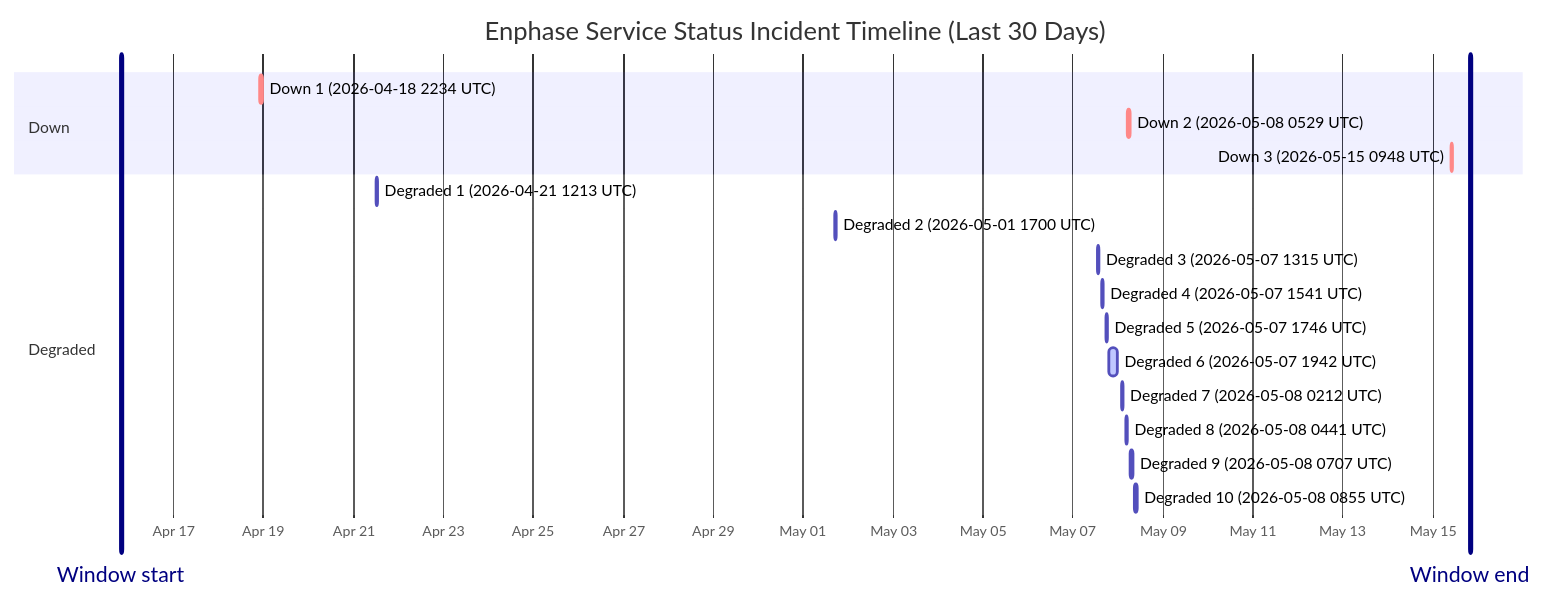
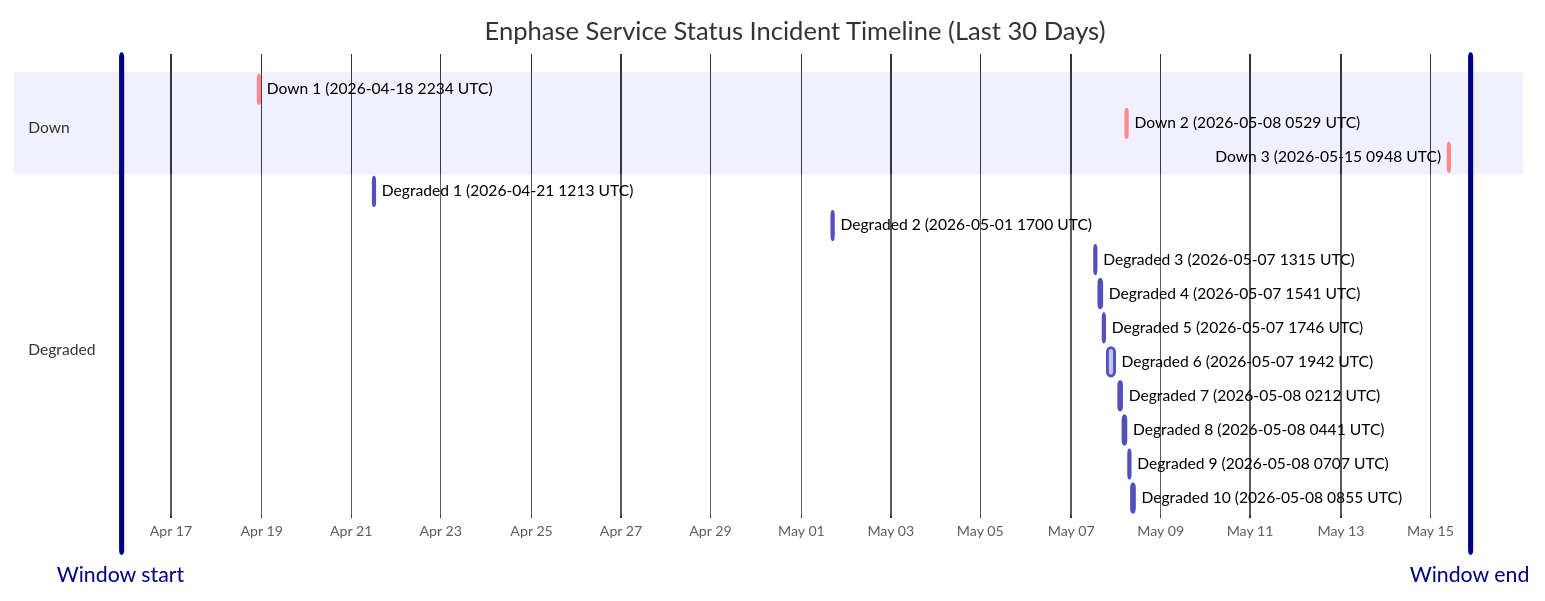
One commit to barneyonline/ha-enphase-ev-charger changed the diagram in wiki/Service-Status-History.md. Above: the diagram before and after it, drawn with Mermaid. The commit also changed other lines of this file and 3 other files, not shown here.

````diff
--- a/wiki/Service-Status-History.md
+++ b/wiki/Service-Status-History.md
@@ -14,23 +14,23 @@
 ```mermaid
 gantt
     title Enphase Service Status Incident Timeline (Last 30 Days)
     dateFormat  YYYY-MM-DDTHH:mm:ss
     axisFormat  %b %d
-    Window start :vert, window-start, 2026-04-15T19:59:20, 0ms
-    Window end :vert, window-end, 2026-05-15T19:59:20, 0ms
+    Window start :vert, window-start, 2026-04-15T21:15:11, 0ms
+    Window end :vert, window-end, 2026-05-15T21:15:11, 0ms
     section Down
     Down 1 (2026-04-18 2234 UTC) :crit, down-1, 2026-04-18T22:34:13, 60m
     Down 2 (2026-05-08 0529 UTC) :crit, down-2, 2026-05-08T05:29:47, 60m
     Down 3 (2026-05-15 0948 UTC) :crit, down-3, 2026-05-15T09:48:18, 60m
     section Degraded
     Degraded 1 (2026-04-21 1213 UTC) :active, degraded-1, 2026-04-21T12:13:11, 60m
     Degraded 2 (2026-05-01 1700 UTC) :active, degraded-2, 2026-05-01T17:00:22, 60m
     Degraded 3 (2026-05-07 1315 UTC) :active, degraded-3, 2026-05-07T13:15:25, 60m
     Degraded 4 (2026-05-07 1541 UTC) :active, degraded-4, 2026-05-07T15:41:58, 60m
     Degraded 5 (2026-05-07 1746 UTC) :active, degraded-5, 2026-05-07T17:46:51, 60m
     Degraded 6 (2026-05-07 1942 UTC) :active, degraded-6, 2026-05-07T19:42:10, 249m
     Degraded 7 (2026-05-08 0212 UTC) :active, degraded-7, 2026-05-08T02:12:39, 60m
     Degraded 8 (2026-05-08 0441 UTC) :active, degraded-8, 2026-05-08T04:41:46, 60m
     Degraded 9 (2026-05-08 0707 UTC) :active, degraded-9, 2026-05-08T07:07:30, 60m
     Degraded 10 (2026-05-08 0855 UTC) :active, degraded-10, 2026-05-08T08:55:20, 88m
 ```
````
